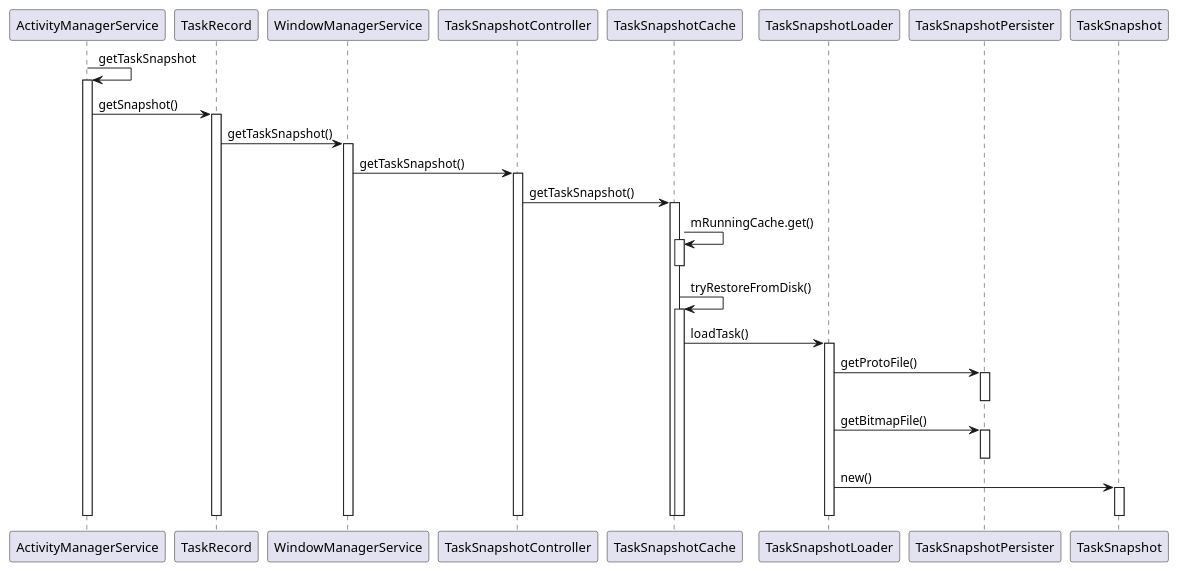
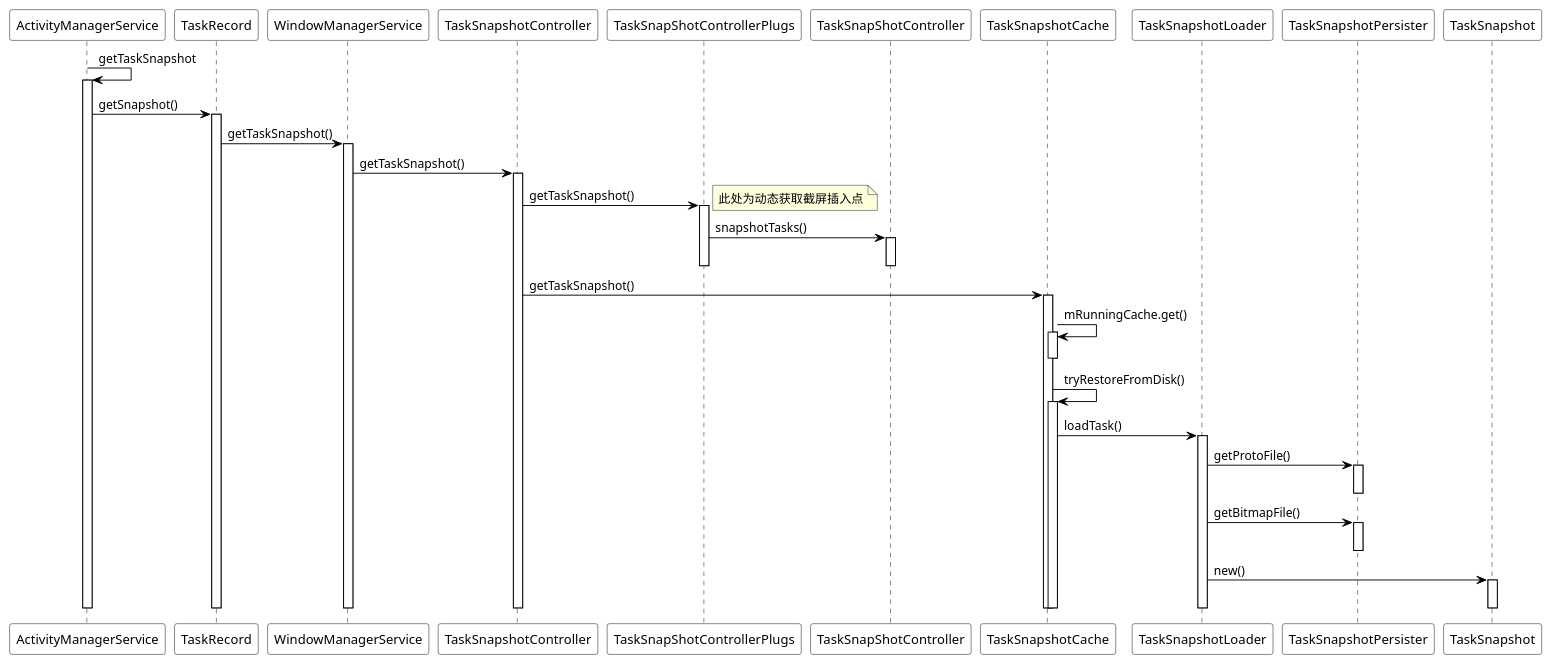
Before and after one commit to javalive09/CodeBag: the diagram in app/src/main/java/com/javalive09/demos/uml/getTaskSnapshot.puml, drawn with PlantUML. The commit also changed 16 other files, not shown here.

Commit message:
IssueID=00000001 Description=add uml

```diff
--- a/app/src/main/java/com/javalive09/demos/uml/getTaskSnapshot.puml
+++ b/app/src/main/java/com/javalive09/demos/uml/getTaskSnapshot.puml
@@ -1,37 +1,54 @@
 @startuml
+skinparam BoxPadding 2
+skinparam sequence {
+ArrowColor black
+LifeLineBorderColor black
+ParticipantBorderColor black
+ParticipantBackgroundColor white
+}
 ActivityManagerService -> ActivityManagerService: getTaskSnapshot
 activate ActivityManagerService
 ActivityManagerService -> TaskRecord:getSnapshot()
 activate TaskRecord
 TaskRecord -> WindowManagerService:getTaskSnapshot()
 activate WindowManagerService
 WindowManagerService -> TaskSnapshotController:getTaskSnapshot()
 activate TaskSnapshotController
+
+TaskSnapshotController -> TaskSnapShotControllerPlugs:getTaskSnapshot()
+activate TaskSnapShotControllerPlugs
+note right:此处为动态获取截屏插入点
+TaskSnapShotControllerPlugs -> TaskSnapShotController:snapshotTasks()
+activate TaskSnapShotController
+deactivate TaskSnapShotController
+deactivate TaskSnapShotControllerPlugs
+
 TaskSnapshotController -> TaskSnapshotCache:getTaskSnapshot()
 activate TaskSnapshotCache
+
 TaskSnapshotCache -> TaskSnapshotCache:mRunningCache.get()
 activate TaskSnapshotCache
 deactivate TaskSnapshotCache
 TaskSnapshotCache -> TaskSnapshotCache:tryRestoreFromDisk()
 activate TaskSnapshotCache
 TaskSnapshotCache -> TaskSnapshotLoader:loadTask()
 activate TaskSnapshotLoader
 TaskSnapshotLoader -> TaskSnapshotPersister:getProtoFile()
 activate TaskSnapshotPersister
 deactivate TaskSnapshotPersister
 TaskSnapshotLoader -> TaskSnapshotPersister:getBitmapFile()
 activate TaskSnapshotPersister
 deactivate TaskSnapshotPersister
 TaskSnapshotLoader -> TaskSnapshot:new()
 activate TaskSnapshot
 deactivate TaskSnapshot
 
 deactivate TaskSnapshotCache
 deactivate TaskSnapshotLoader
 deactivate ActivityManagerService
 deactivate TaskRecord
 deactivate WindowManagerService
 deactivate TaskSnapshotController
 deactivate TaskSnapshotCache
 
 @enduml
```
